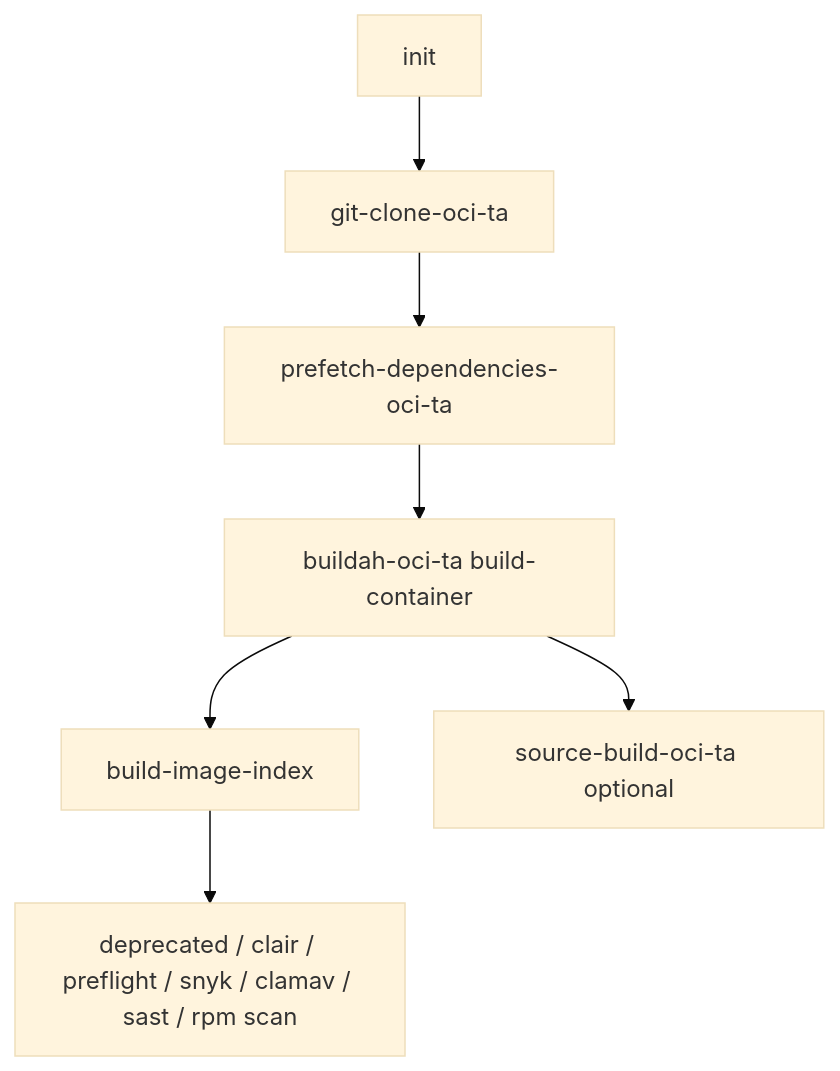
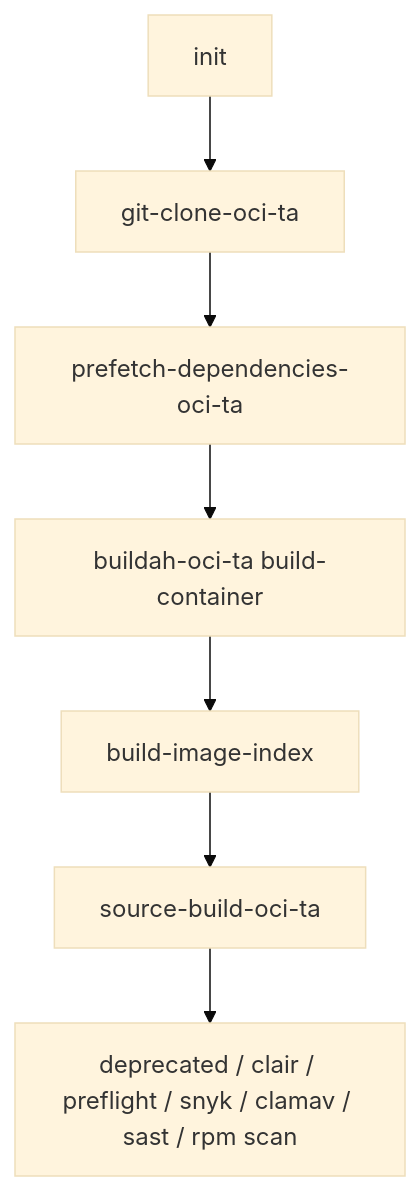
One commit to jajreidy/pulp-tool changed the diagram in skills/changing-pulp-container/reference.md. Above: the diagram before and after it, drawn with Mermaid (base theme). The commit also changed other lines of this file and 6 other files, not shown here.

````diff
--- a/skills/changing-pulp-container/reference.md
+++ b/skills/changing-pulp-container/reference.md
@@ -25,9 +25,9 @@
 ```mermaid
 flowchart TD
   init[init] --> clone[git-clone-oci-ta]
   clone --> prefetch[prefetch-dependencies-oci-ta]
   prefetch --> build[buildah-oci-ta build-container]
   build --> index[build-image-index]
-  index --> checks[deprecated / clair / preflight / snyk / clamav / sast / rpm scan]
-  build --> sourceImg[source-build-oci-ta optional]
+  index --> sourceImg[source-build-oci-ta]
+  sourceImg --> checks[deprecated / clair / preflight / snyk / clamav / sast / rpm scan]
 ```
````
